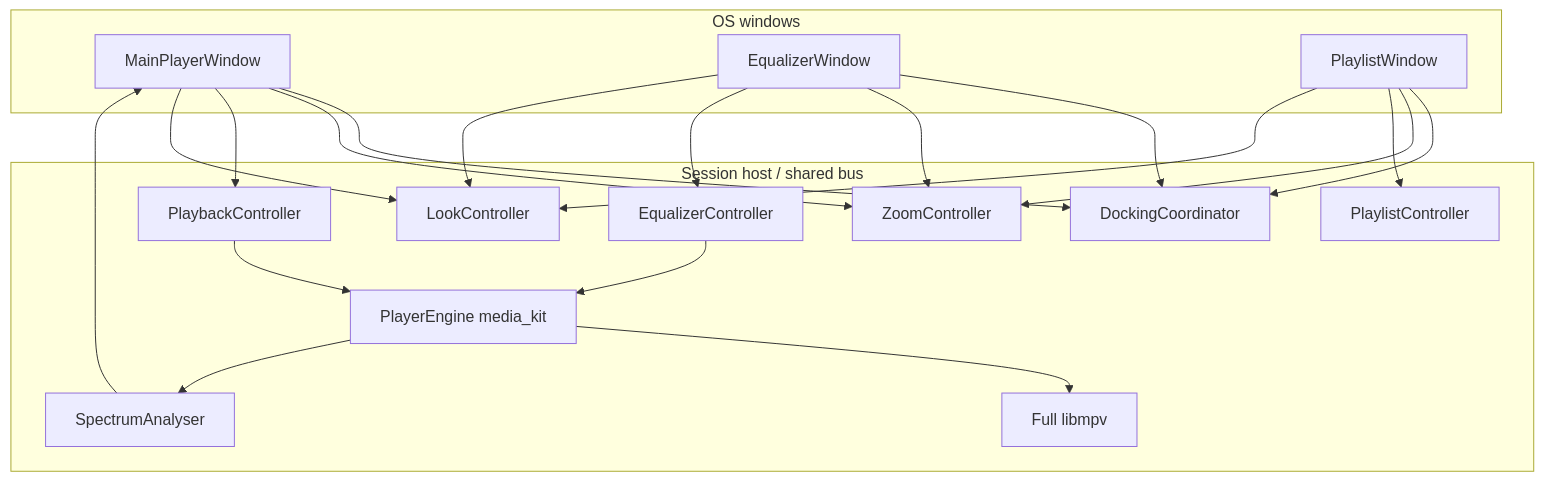
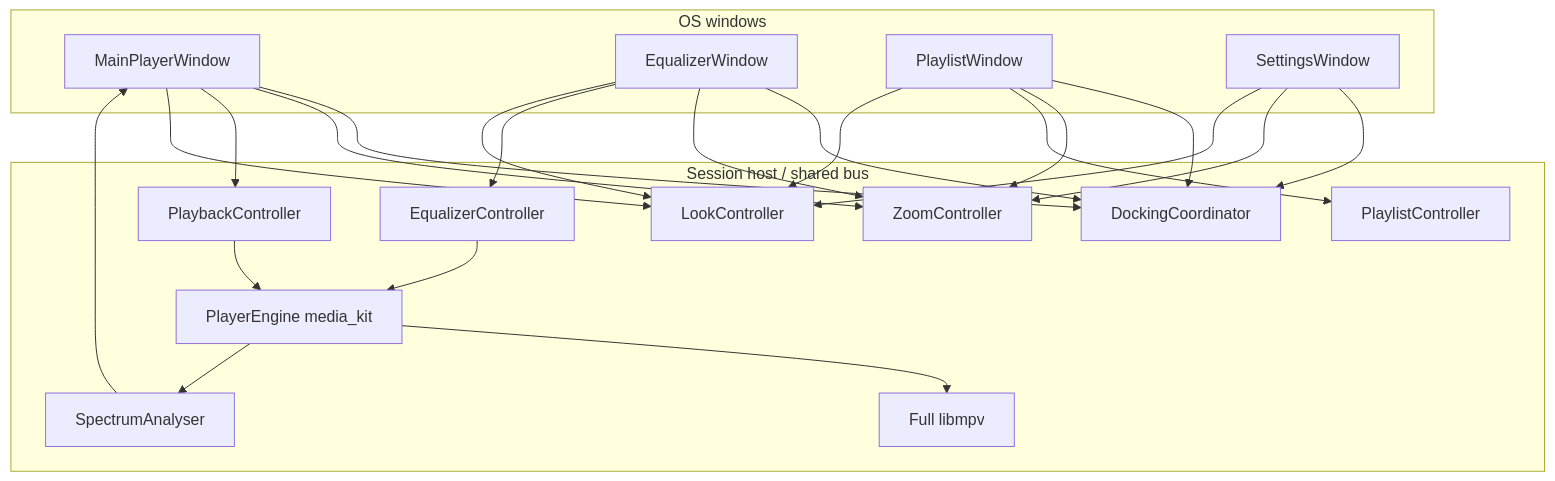
Before and after one commit to eliranbenishai/aoide: the diagram in docs/architecture.md, drawn with Mermaid. The commit also changed other lines of this file and 38 other files, not shown here.

First line of the commit message:
Add Settings window plumbing with general prefs and skins.

````diff
--- a/docs/architecture.md
+++ b/docs/architecture.md
@@ -24,36 +25,40 @@
 ```mermaid
 flowchart TB
   subgraph windows [OS windows]
     Main[MainPlayerWindow]
     Eq[EqualizerWindow]
     Pl[PlaylistWindow]
+    Set[SettingsWindow]
   end
   subgraph session [Session host / shared bus]
     Dock[DockingCoordinator]
     Zoom[ZoomController]
     Play[PlaybackController]
     List[PlaylistController]
     EqCtl[EqualizerController]
     Look[LookController]
     Eng[PlayerEngine media_kit]
     Mpv[Full libmpv]
     Spec[SpectrumAnalyser]
   end
   Main --> Dock
   Eq --> Dock
   Pl --> Dock
+  Set --> Dock
   Main --> Zoom
   Eq --> Zoom
   Pl --> Zoom
+  Set --> Zoom
   Main --> Play
   Pl --> List
   Eq --> EqCtl
   Main --> Look
   Eq --> Look
   Pl --> Look
+  Set --> Look
   Play --> Eng
   EqCtl --> Eng
   Eng --> Mpv
   Spec --> Main
   Eng --> Spec
 ```
````
